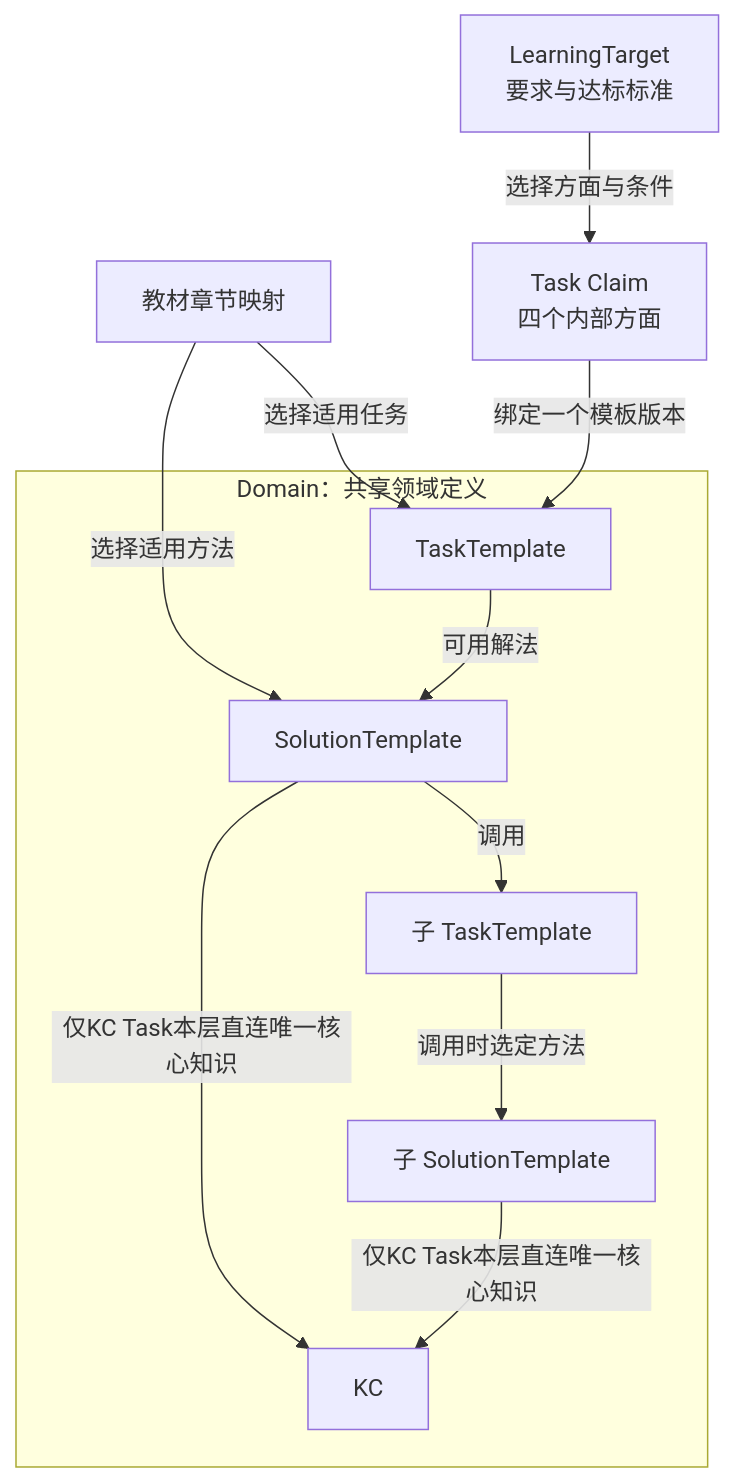
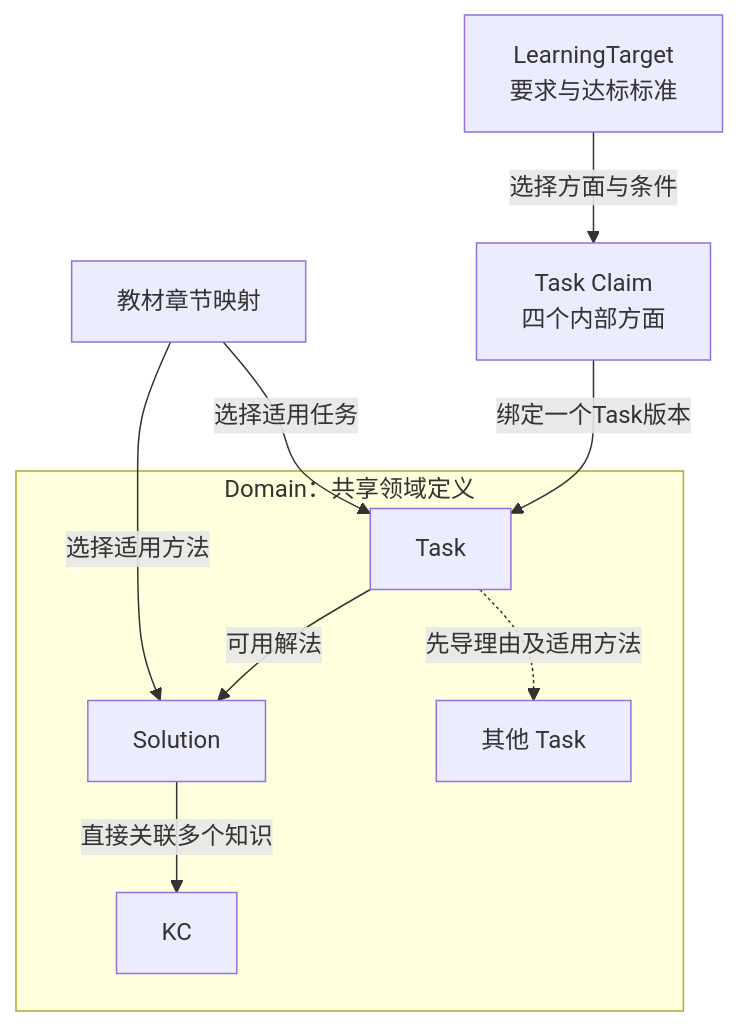
Before and after one commit to ivgotcrazy/deermind: the second of 4 diagrams in doc/mvp/m1/PRD.md, drawn with Mermaid. The commit also changed other lines of this file and 126 other files, not shown here.

````diff
--- a/doc/mvp/m1/PRD.md
+++ b/doc/mvp/m1/PRD.md
@@ -119,14 +119,12 @@
 ```mermaid
 flowchart TB
-    M["教材章节映射"] -->|"选择适用任务"| T["TaskTemplate"]
-    M -->|"选择适用方法"| S["SolutionTemplate"]
+    M["教材章节映射"] -->|"选择适用任务"| T["Task"]
+    M -->|"选择适用方法"| S["Solution"]
     G["LearningTarget<br/>要求与达标标准"] -->|"选择方面与条件"| CL["Task Claim<br/>四个内部方面"]
-    CL -->|"绑定一个模板版本"| T
+    CL -->|"绑定一个Task版本"| T
     subgraph D["Domain：共享领域定义"]
         T -->|"可用解法"| S
-        S -->|"仅KC Task本层直连唯一核心知识"| K["KC"]
-        S -->|"调用"| CT["子 TaskTemplate"]
-        CT -->|"调用时选定方法"| CS["子 SolutionTemplate"]
-        CS -->|"仅KC Task本层直连唯一核心知识"| K
+        S -->|"直接关联多个知识"| K["KC"]
+        T -. "先导理由及适用方法" .-> CT["其他 Task"]
     end
 ```
````
